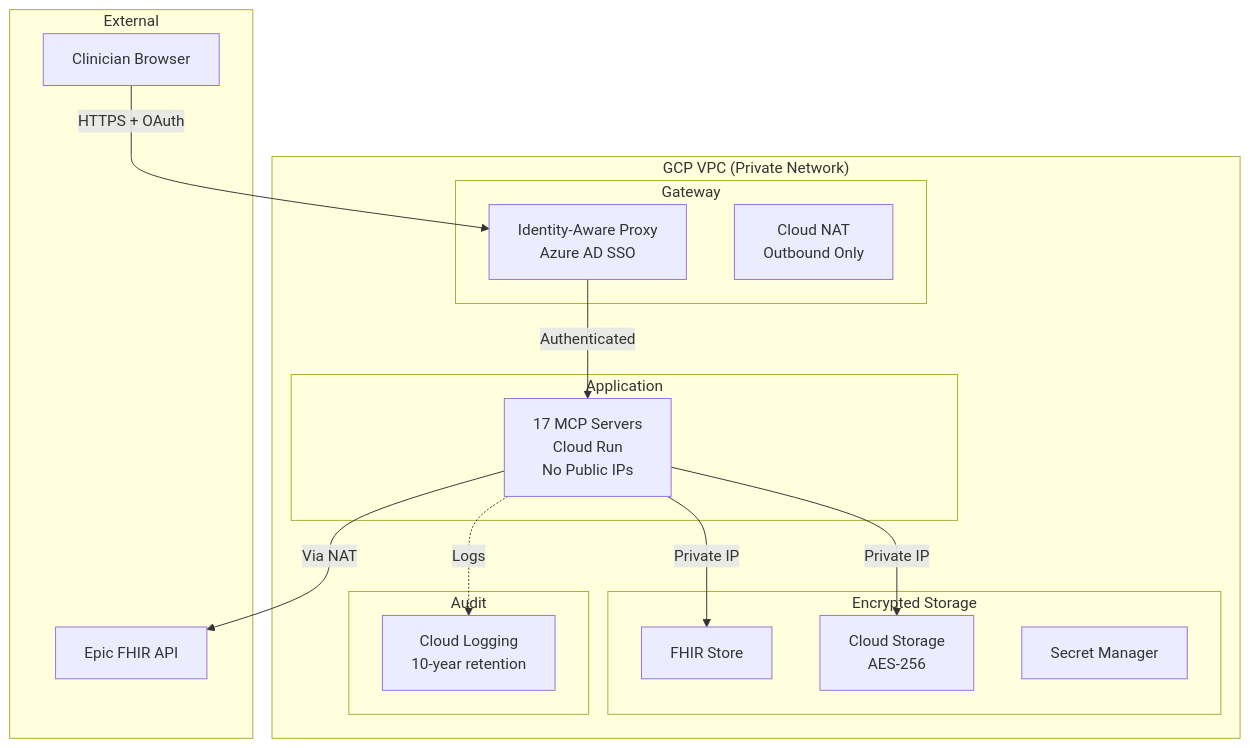
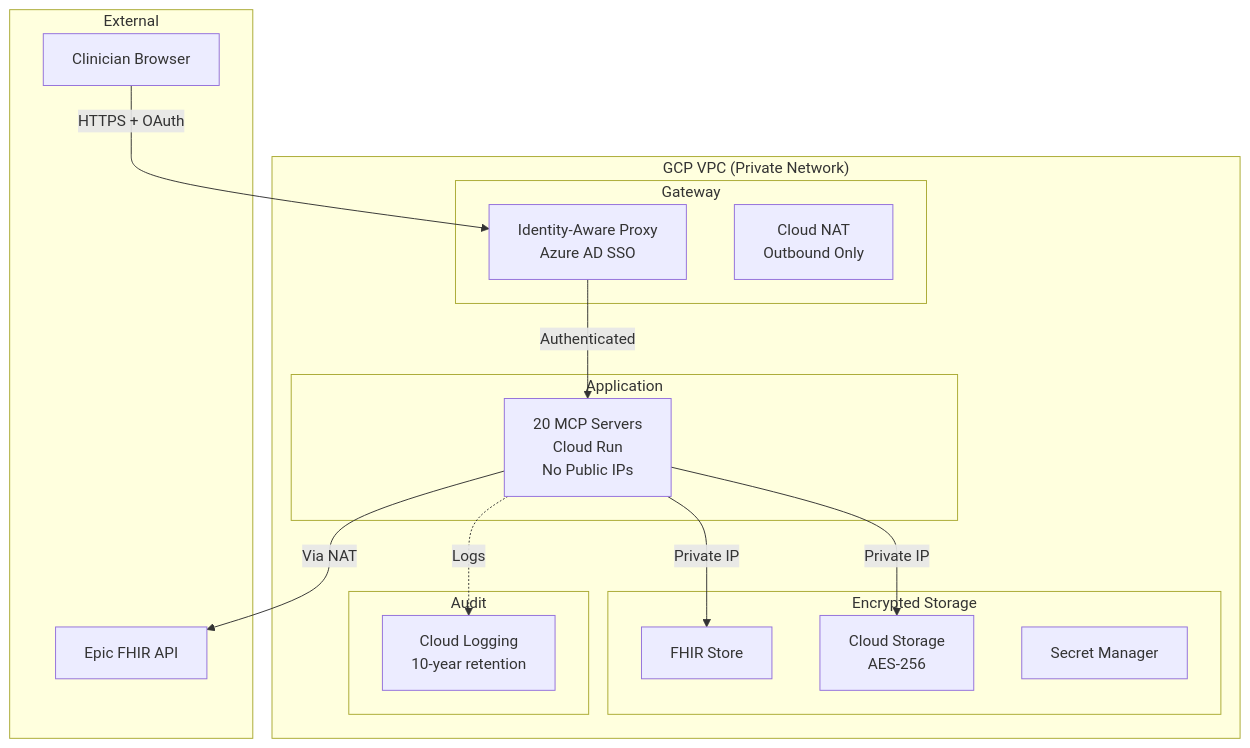
One commit to lynnlangit/spatial-mcp changed the diagram in docs/for-hospitals/SECURITY_OVERVIEW.md. Above: the diagram before and after it, drawn with Mermaid. The commit also changed 1 other file, not shown here.

Commit message:
Update hospital docs: server counts 17/18 → 20, add Stage 0 to deployment diagram
SECURITY_OVERVIEW: 17 → 20 MCP Servers in architecture diagram.
DEPLOYMENT_ARCHITECTURE: 18 → 20 servers, rename generic "De-identification
Layer" to explicit "Stage 0: mcp-deidentify", add 110 tools label.

````diff
--- a/docs/for-hospitals/SECURITY_OVERVIEW.md
+++ b/docs/for-hospitals/SECURITY_OVERVIEW.md
@@ -10,35 +10,35 @@
 ```mermaid
 graph TB
     subgraph External["External"]
         CLINICIAN[Clinician Browser]
         EPIC_EXT[Epic FHIR API]
     end
 
     subgraph GCP_VPC["GCP VPC (Private Network)"]
         subgraph Gateway["Gateway"]
             IAP[Identity-Aware Proxy<br/>Azure AD SSO]
             NAT[Cloud NAT<br/>Outbound Only]
         end
 
         subgraph Application["Application"]
-            SERVERS[17 MCP Servers<br/>Cloud Run<br/>No Public IPs]
+            SERVERS[20 MCP Servers<br/>Cloud Run<br/>No Public IPs]
         end
 
         subgraph Data["Encrypted Storage"]
             FHIR[FHIR Store]
             STORAGE[Cloud Storage<br/>AES-256]
             SECRETS[Secret Manager]
         end
 
         subgraph Logs["Audit"]
             LOGGING[Cloud Logging<br/>10-year retention]
         end
     end
 
     CLINICIAN -->|HTTPS + OAuth| IAP
     IAP -->|Authenticated| SERVERS
     SERVERS -->|Private IP| FHIR
     SERVERS -->|Private IP| STORAGE
     SERVERS -.->|Logs| LOGGING
     SERVERS -->|Via NAT| EPIC_EXT
 ```
````
